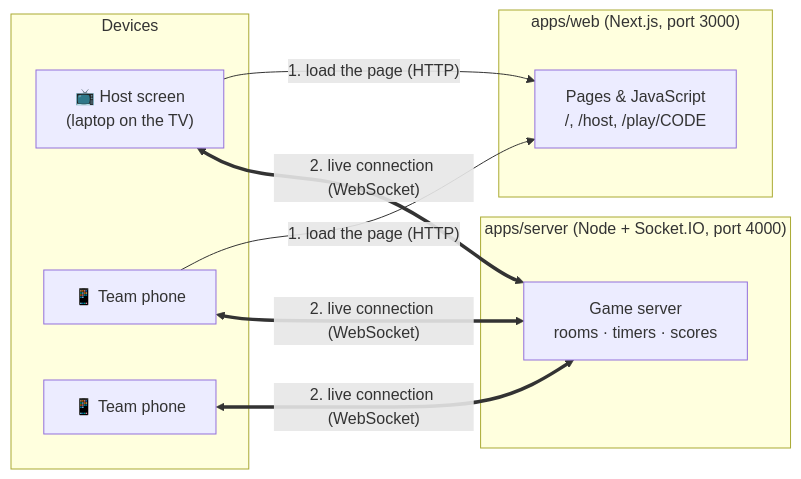
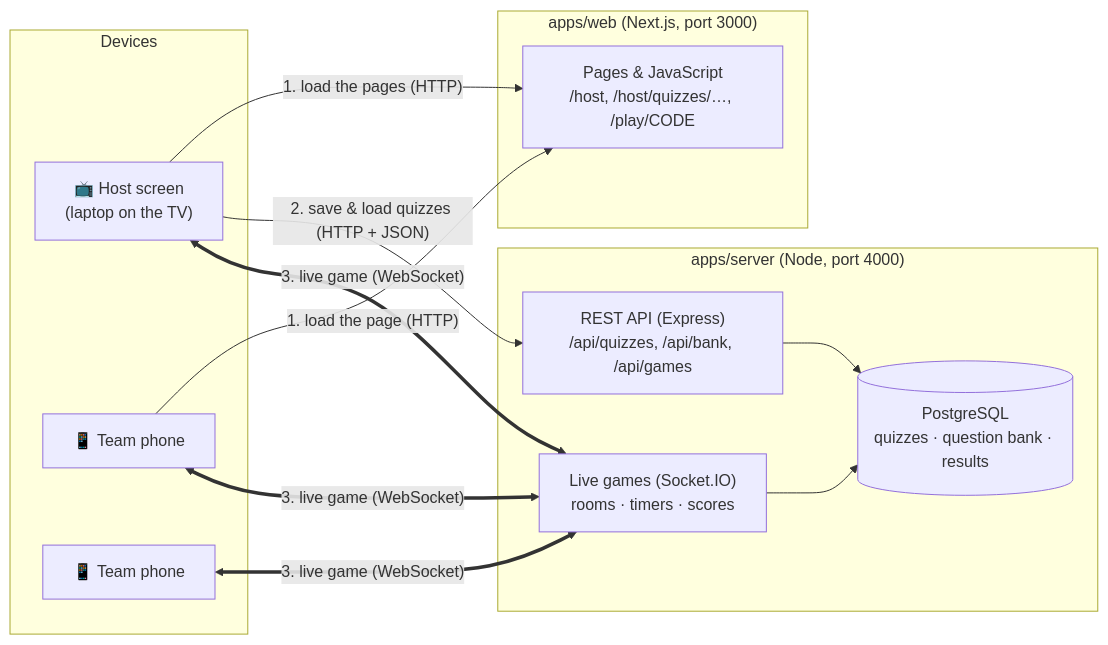
The diagram in ARCHITECTURE.md (OliHarris/pub-quiz), drawn with Mermaid before and after one commit. The commit also changed other lines of this file and 63 other files, not shown here.

First line of the commit message:
Milestone 2: quiz builder, question bank and saved results

````diff
--- a/ARCHITECTURE.md
+++ b/ARCHITECTURE.md
@@ -11,22 +11,27 @@
 ```mermaid
 flowchart LR
     subgraph Devices
         TV["📺 Host screen<br/>(laptop on the TV)"]
         P1["📱 Team phone"]
         P2["📱 Team phone"]
     end
 
     subgraph "apps/web (Next.js, port 3000)"
-        WEB["Pages & JavaScript<br/>/, /host, /play/CODE"]
+        WEB["Pages & JavaScript<br/>/host, /host/quizzes/…, /play/CODE"]
     end
 
-    subgraph "apps/server (Node + Socket.IO, port 4000)"
-        GS["Game server<br/>rooms · timers · scores"]
+    subgraph "apps/server (Node, port 4000)"
+        API["REST API (Express)<br/>/api/quizzes, /api/bank, /api/games"]
+        GS["Live games (Socket.IO)<br/>rooms · timers · scores"]
+        DB[("PostgreSQL<br/>quizzes · question bank · results")]
+        API --> DB
+        GS --> DB
     end
 
-    TV -- "1. load the page (HTTP)" --> WEB
+    TV -- "1. load the pages (HTTP)" --> WEB
     P1 -- "1. load the page (HTTP)" --> WEB
-    TV <== "2. live connection (WebSocket)" ==> GS
-    P1 <== "2. live connection (WebSocket)" ==> GS
-    P2 <== "2. live connection (WebSocket)" ==> GS
+    TV -- "2. save & load quizzes (HTTP + JSON)" --> API
+    TV <== "3. live game (WebSocket)" ==> GS
+    P1 <== "3. live game (WebSocket)" ==> GS
+    P2 <== "3. live game (WebSocket)" ==> GS
 ```
````
